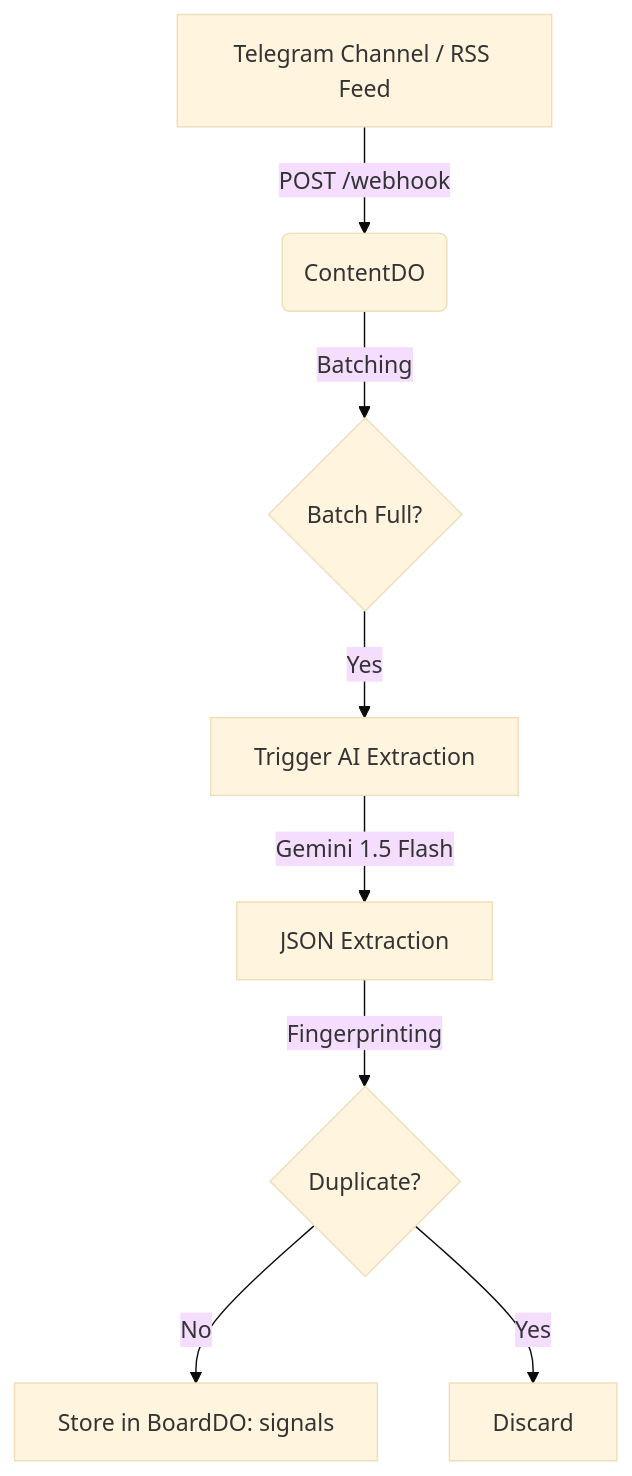
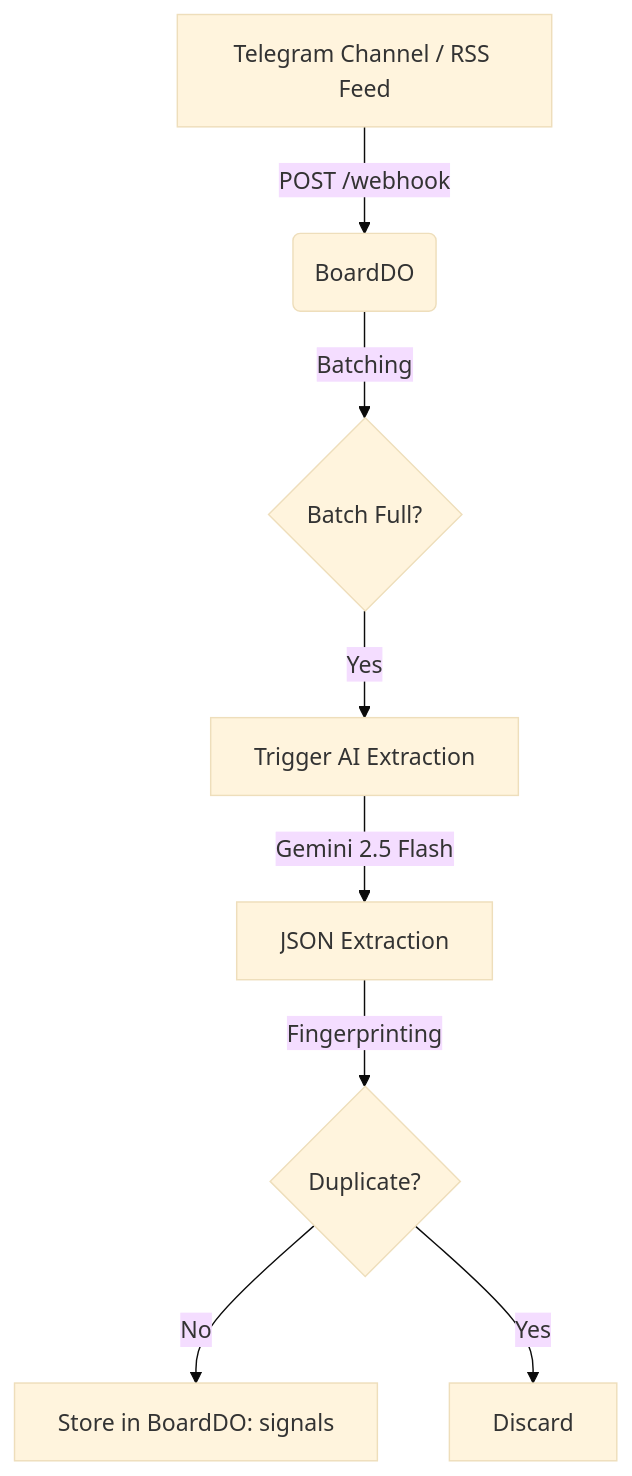
The first of 2 diagrams in WORKFLOWS.md (criticalinsight/trello-local-sync), drawn with Mermaid (base theme) before and after one commit. The commit also changed other lines of this file and 74 other files, not shown here.

````diff
--- a/WORKFLOWS.md
+++ b/WORKFLOWS.md
@@ -9,10 +9,10 @@
 ```mermaid
 graph TD
-    A[Telegram Channel / RSS Feed] -->|POST /webhook| B(ContentDO)
+    A[Telegram Channel / RSS Feed] -->|POST /webhook| B(BoardDO)
     B -->|Batching| C{Batch Full?}
     C -->|Yes| D[Trigger AI Extraction]
-    D -->|Gemini 1.5 Flash| E[JSON Extraction]
+    D -->|Gemini 2.5 Flash| E[JSON Extraction]
     E -->|Fingerprinting| F{Duplicate?}
     F -->|No| G[Store in BoardDO: signals]
     F -->|Yes| H[Discard]
 ```
````
